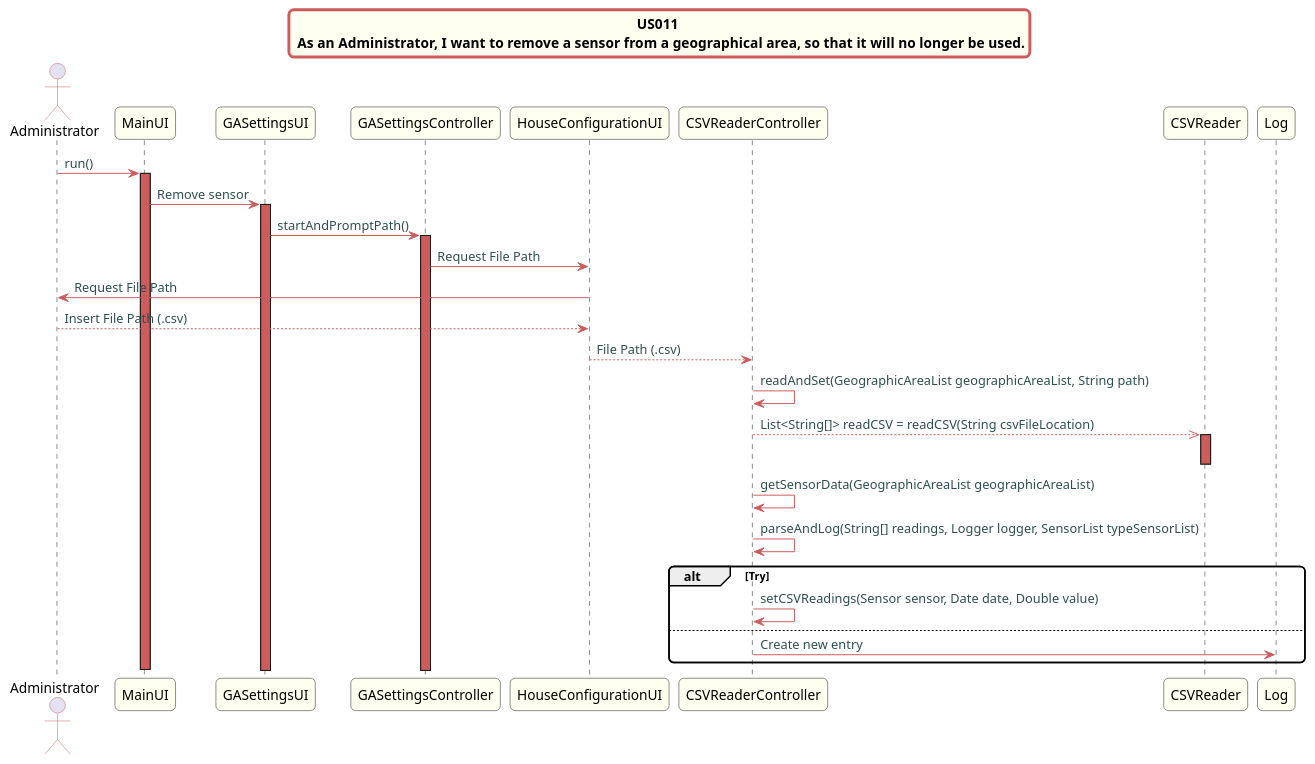
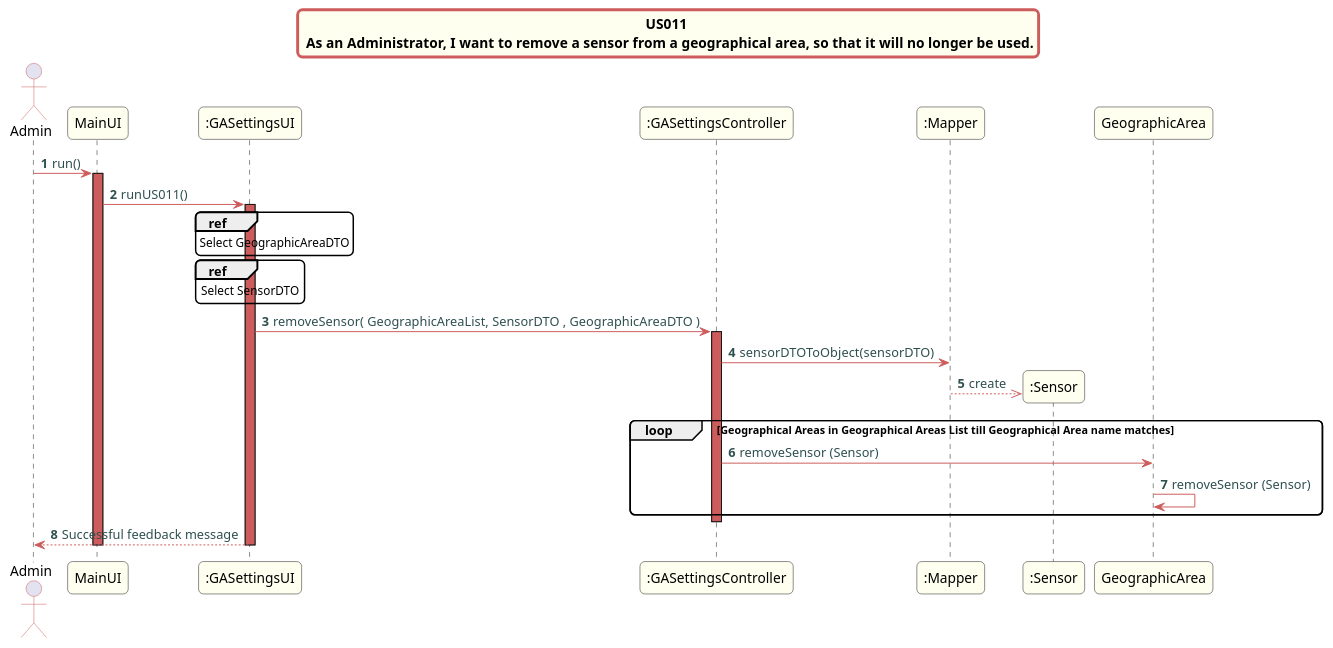
Before and after one commit to Almadanmp/project: the diagram in src/doc/Controllers/GASettings/US011/US011_sd_GASettings.puml, drawn with PlantUML. The commit also changed 4 other files, not shown here.

Commit message:
Ref #174 Adds diagrams and reference diagrams

```diff
--- a/src/doc/Controllers/GASettings/US011/US011_sd_GASettings.puml
+++ b/src/doc/Controllers/GASettings/US011/US011_sd_GASettings.puml
@@ -1,60 +1,78 @@
 @startuml
 
 skinparam titleBorderRoundCorner 10
 skinparam titleBorderThickness 3
 skinparam titleBorderColor indianred
 skinparam titleBackgroundColor ivory
 skinparam FontName quicksand
 
 skinparam actor {
   BorderColor indianred
   }
 
 skinparam sequence {
   LifeLineBackgroundColor indianred
   ParticipantBackgroundColor ivory
 }
 
 skinparam roundcorner 10
 
 skinparam component {
   arrowThickness 1
   ArrowFontName Verdana
   ArrowColor indianred
   ArrowFontColor darkslategrey
 }
 
 title US011 \n As an Administrator, I want to remove a sensor from a geographical area, so that it will no longer be used.
 
-actor Administrator
-Administrator -> MainUI:run()
+actor Admin
+skinparam titleBorderRoundCorner 10
+skinparam titleBorderThickness 3
+skinparam titleBorderColor indianred
+skinparam titleBackgroundColor ivory
+skinparam FontName quicksand
+
+skinparam actor {
+ 	BorderColor indianred
+ 	}
+
+ skinparam sequence {
+ 	LifeLineBackgroundColor indianred
+ 	ParticipantBackgroundColor ivory
+ }
+
+ skinparam roundcorner 10
+
+ skinparam component {
+   arrowThickness 1
+   ArrowFontName Verdana
+   ArrowColor indianred
+   ArrowFontColor darkslategrey
+ }
+autonumber
+Admin -> MainUI:run()
 activate MainUI
-MainUI -> GASettingsUI: Remove sensor
-activate GASettingsUI
-GASettingsUI -> GASettingsController: startAndPromptPath()
-activate GASettingsController
-GASettingsController -> HouseConfigurationUI: Request File Path
-HouseConfigurationUI -> Administrator: Request File Path
-Administrator --> HouseConfigurationUI: Insert File Path (.csv)
-HouseConfigurationUI --> CSVReaderController: File Path (.csv)
-CSVReaderController -> CSVReaderController: readAndSet(GeographicAreaList geographicAreaList, String path)
-CSVReaderController -->> CSVReader: List<String[]> readCSV = readCSV(String csvFileLocation)
-activate CSVReader
-deactivate CSVReader
-CSVReaderController -> CSVReaderController: getSensorData(GeographicAreaList geographicAreaList)
-CSVReaderController -> CSVReaderController: parseAndLog(String[] readings, Logger logger, SensorList typeSensorList)
+MainUI -> ":GASettingsUI": runUS011()
+activate ":GASettingsUI"
+ref over ":GASettingsUI"
+Select GeographicAreaDTO
+end ref
+ref over ":GASettingsUI"
+Select SensorDTO
+end ref
+":GASettingsUI" -> ":GASettingsController": removeSensor( GeographicAreaList, SensorDTO , GeographicAreaDTO )
+activate ":GASettingsController"
+":GASettingsController" -> ":Mapper": sensorDTOToObject(sensorDTO)
+create ":Sensor"
+":Mapper" -->> ":Sensor": create
+loop Geographical Areas in Geographical Areas List till Geographical Area name matches
+":GASettingsController" -> GeographicArea: removeSensor (Sensor)
+GeographicArea -> GeographicArea: removeSensor (Sensor)
+end
 
-alt Try
-CSVReaderController -> CSVReaderController: setCSVReadings(Sensor sensor, Date date, Double value)
-else
-CSVReaderController -> Log: Create new entry
-
-
-deactivate HouseConfigurationUI
-
-
-end
-deactivate CSVReader
+deactivate ":GASettingsController"
+":GASettingsUI" --> Admin: Successful feedback message
+deactivate ":GASettingsUI"
 deactivate MainUI
-deactivate HouseConfigurationUI
 @enduml
```
